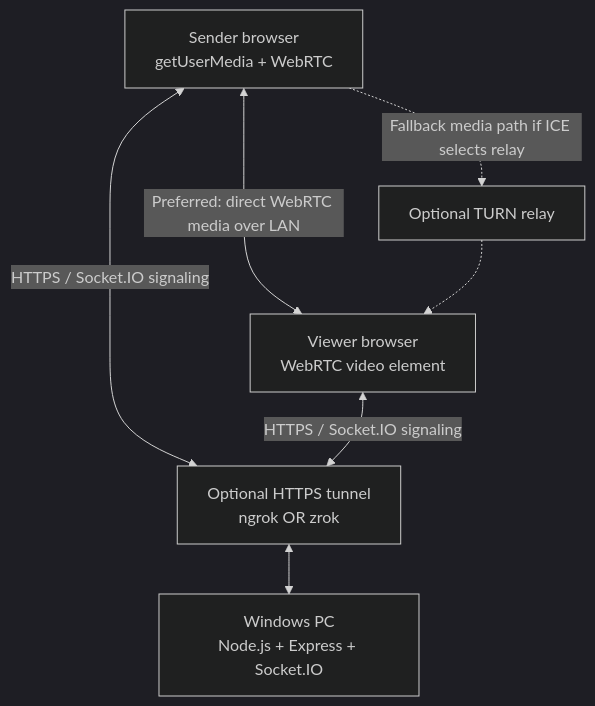
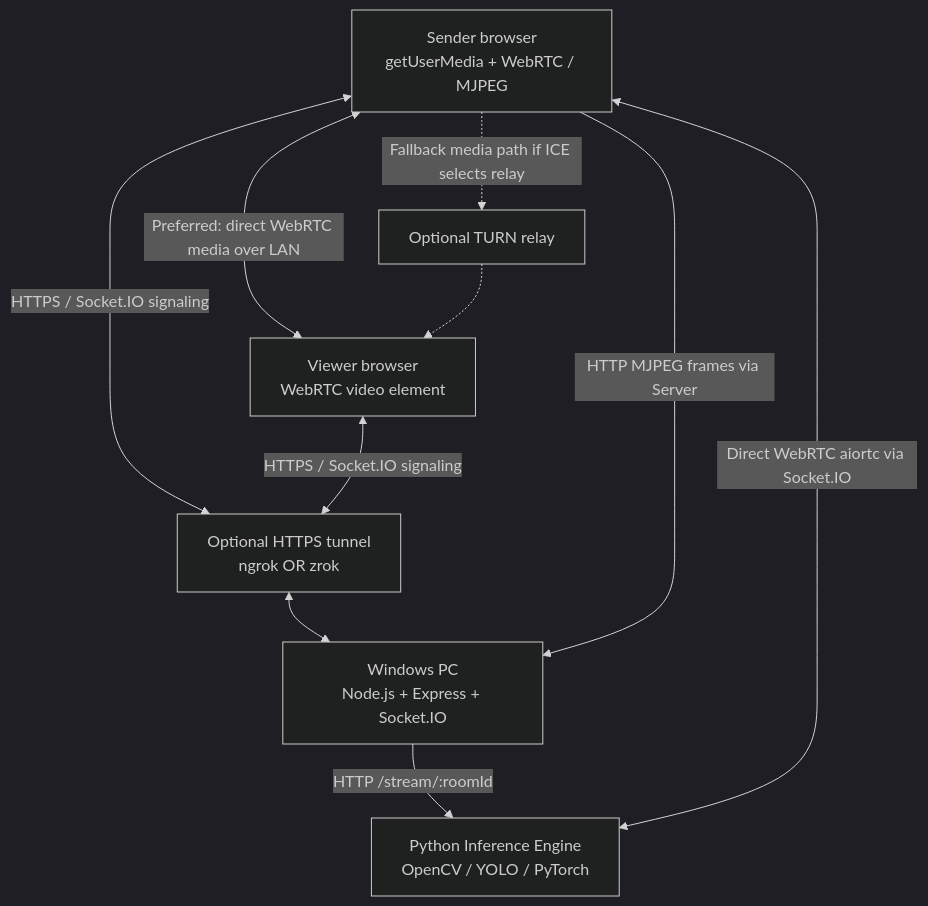
One commit to WRDeadman10/lan-camera-streaming changed the diagram in docs/architecture.md. Above: the diagram before and after it, drawn with Mermaid (dark theme). The commit also changed other lines of this file and 20 other files, not shown here.

Commit message:
feat: implement dual-transport Python vision inference architecture with fresh-frame policy

````diff
--- a/docs/architecture.md
+++ b/docs/architecture.md
@@ -7,15 +7,21 @@
 ```mermaid
 flowchart TB
     Host[Windows PC\nNode.js + Express + Socket.IO]
     Tunnel[Optional HTTPS tunnel\nngrok OR zrok]
-    Sender[Sender browser\ngetUserMedia + WebRTC]
+    Sender[Sender browser\ngetUserMedia + WebRTC / MJPEG]
     Viewer[Viewer browser\nWebRTC video element]
+    PyInference[Python Inference Engine\nOpenCV / YOLO / PyTorch]
     Turn[Optional TURN relay]
 
     Sender <-->|HTTPS / Socket.IO signaling| Tunnel
     Viewer <-->|HTTPS / Socket.IO signaling| Tunnel
     Tunnel <--> Host
     Sender <-->|Preferred: direct WebRTC media over LAN| Viewer
     Sender -.->|Fallback media path if ICE selects relay| Turn
     Turn -.-> Viewer
+
+    %% Python Inference Pathways
+    Sender -->|HTTP MJPEG frames via Server| Host
+    Host -->|HTTP /stream/:roomId| PyInference
+    Sender <-->|Direct WebRTC aiortc via Socket.IO| PyInference
 ```
````
